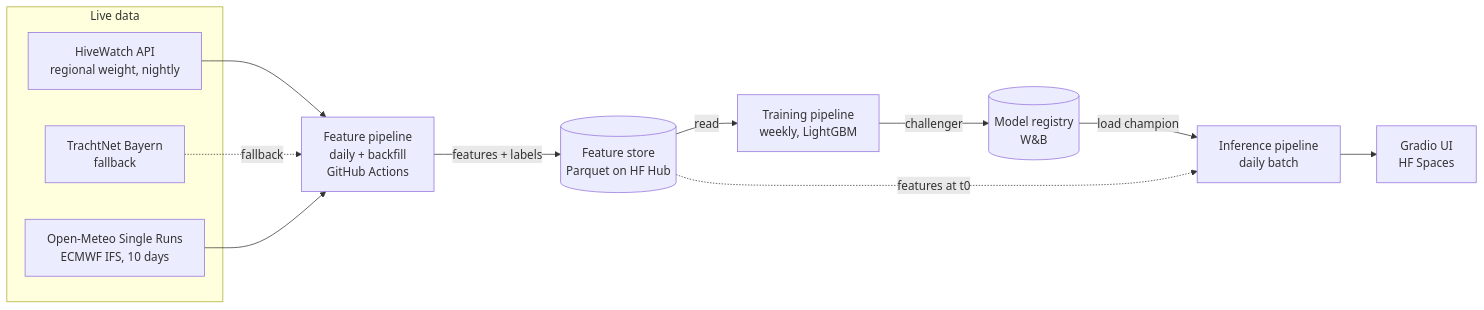
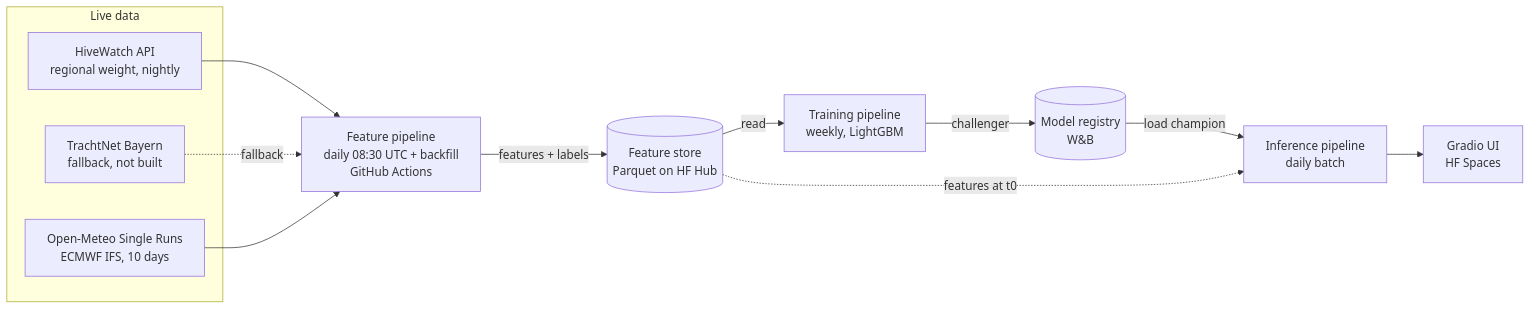
One commit to Whalesharkking/mlops changed the diagram in README.md. Above: the diagram before and after it, drawn with Mermaid. The commit also changed other lines of this file and 1 other file, not shown here.

````diff
--- a/README.md
+++ b/README.md
@@ -29,17 +29,17 @@
 ```mermaid
 flowchart LR
   subgraph src["Live data"]
     H["HiveWatch API<br/>regional weight, nightly"]
-    T["TrachtNet Bayern<br/>fallback"]
+    T["TrachtNet Bayern<br/>fallback, not built"]
     O["Open-Meteo Single Runs<br/>ECMWF IFS, 10 days"]
   end
   H --> FP
   T -.->|"fallback"| FP
   O --> FP
-  FP["Feature pipeline<br/>daily + backfill<br/>GitHub Actions"] -->|"features + labels"| FS[("Feature store<br/>Parquet on HF Hub")]
+  FP["Feature pipeline<br/>daily 08:30 UTC + backfill<br/>GitHub Actions"] -->|"features + labels"| FS[("Feature store<br/>Parquet on HF Hub")]
   FS -->|"read"| TP["Training pipeline<br/>weekly, LightGBM"]
   TP -->|"challenger"| MR[("Model registry<br/>W&B")]
   MR -->|"load champion"| IP["Inference pipeline<br/>daily batch"]
   FS -.->|"features at t0"| IP
   IP --> UI["Gradio UI<br/>HF Spaces"]
 ```
````
